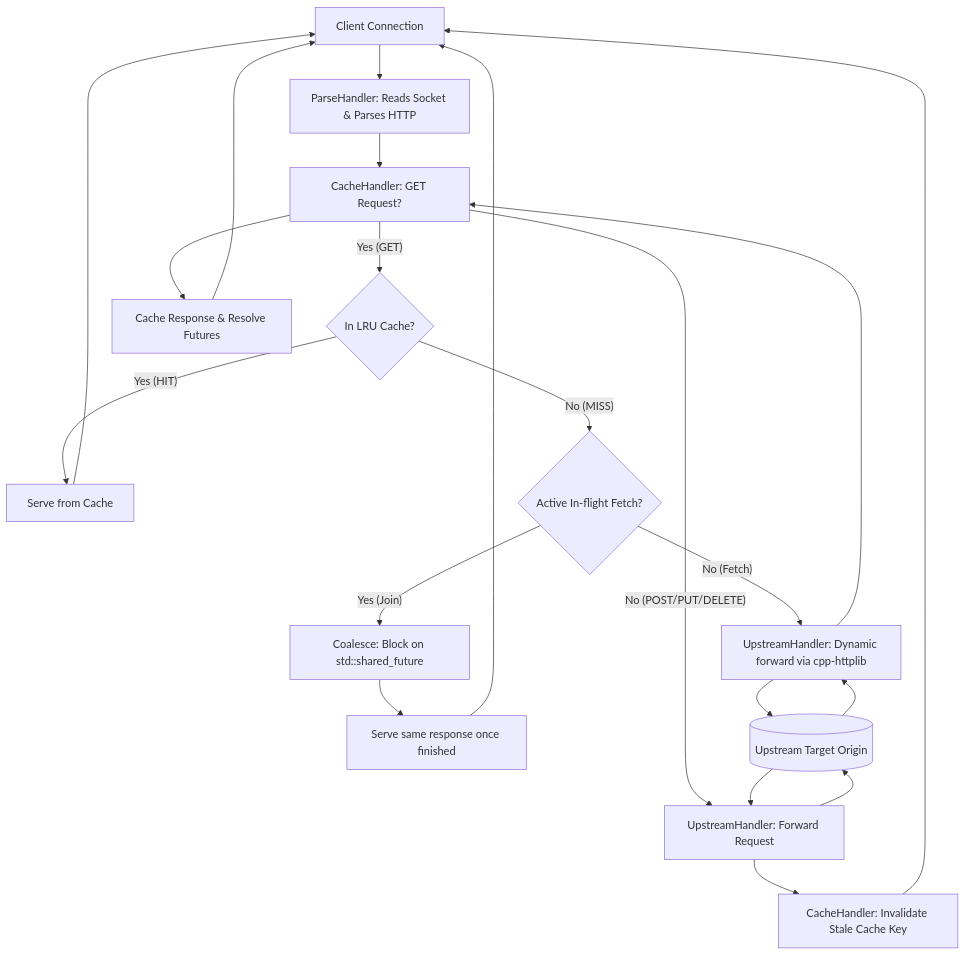
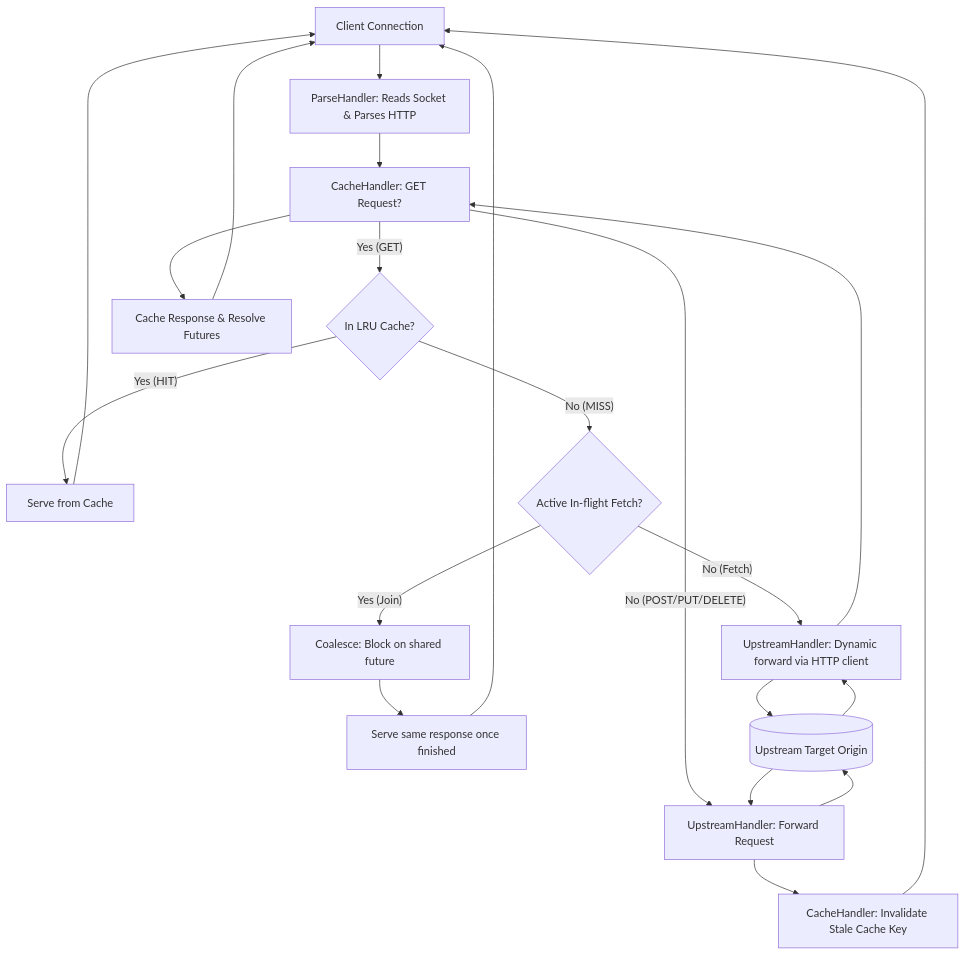
The diagram in README.md (Rajdeep-Dhar-06/Proxy-Web-Server), drawn with Mermaid before and after one commit. The commit also changed other lines of this file, not shown here.

````diff
--- a/README.md
+++ b/README.md
@@ -11,24 +11,24 @@
 ```mermaid
 graph TD
     Client[Client Connection] --> ParseHandler[ParseHandler: Reads Socket & Parses HTTP]
     ParseHandler --> CacheHandler[CacheHandler: GET Request?]
     
     CacheHandler -- Yes (GET) --> CacheLook{In LRU Cache?}
     CacheLook -- Yes (HIT) --> RespondCache[Serve from Cache] --> Client
     CacheLook -- No (MISS) --> HerdCheck{Active In-flight Fetch?}
     
-    HerdCheck -- Yes (Join) --> Coalesce[Coalesce: Block on std::shared_future]
+    HerdCheck -- Yes (Join) --> Coalesce[Coalesce: Block on shared future]
     Coalesce --> ResolveWaiter[Serve same response once finished] --> Client
     
-    HerdCheck -- No (Fetch) --> UpstreamHandler[UpstreamHandler: Dynamic forward via cpp-httplib]
+    HerdCheck -- No (Fetch) --> UpstreamHandler[UpstreamHandler: Dynamic forward via HTTP client]
     UpstreamHandler --> Upstream[(Upstream Target Origin)]
     Upstream --> UpstreamHandler
     UpstreamHandler --> CacheHandler
     CacheHandler --> Save[Cache Response & Resolve Futures] --> Client
     
     CacheHandler -- No (POST/PUT/DELETE) --> UpstreamHandler2[UpstreamHandler: Forward Request]
     UpstreamHandler2 --> Upstream
     Upstream --> UpstreamHandler2
     UpstreamHandler2 --> Invalidate[CacheHandler: Invalidate Stale Cache Key]
     Invalidate --> Client
 ```
````
